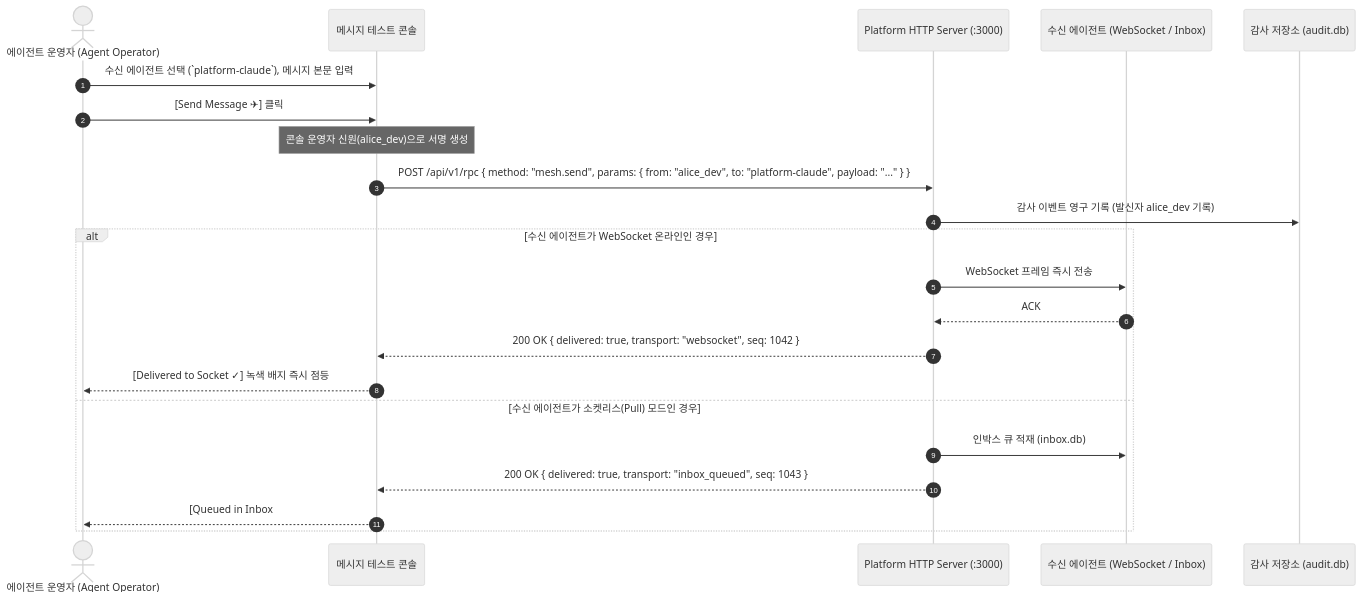
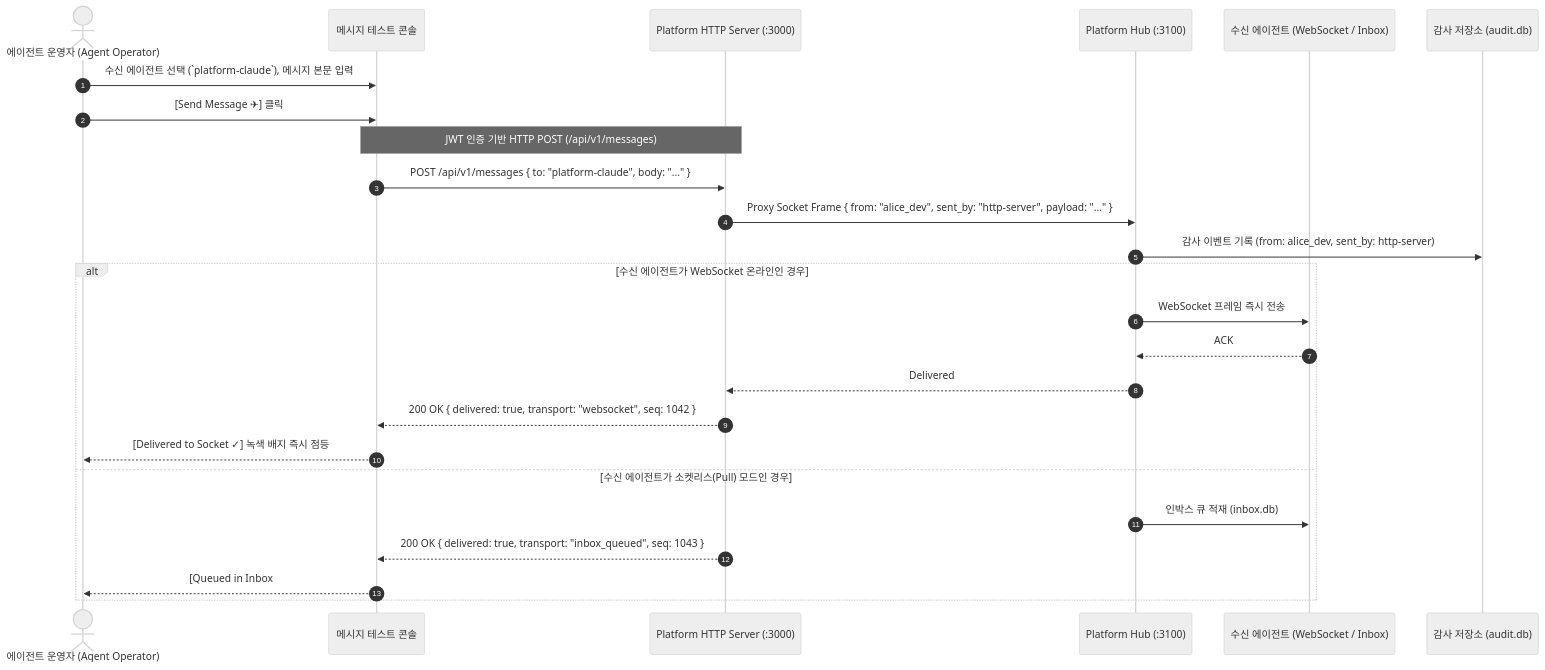
One commit to sir-mirr/agent-mesh-platform changed the sixth of 6 diagrams in docs/operator-functional-spec.md. Above: the diagram before and after it, drawn with Mermaid (neutral theme). The commit also changed other lines of this file, not shown here.

Commit message:
docs: finalize operator functional spec v2.1.0 with lease countdown & proxy attestation

````diff
--- a/docs/operator-functional-spec.md
+++ b/docs/operator-functional-spec.md
@@ -180,27 +183,30 @@
 ```mermaid
 sequenceDiagram
     autonumber
     actor Operator as 에이전트 운영자 (Agent Operator)
     participant UI as 메시지 테스트 콘솔
     participant HTTP as Platform HTTP Server (:3000)
+    participant Hub as Platform Hub (:3100)
     participant Target as 수신 에이전트 (WebSocket / Inbox)
     participant Audit as 감사 저장소 (audit.db)
 
     Operator->>UI: 수신 에이전트 선택 (`platform-claude`), 메시지 본문 입력
     Operator->>UI: [Send Message ✈] 클릭
-    Note over UI: 콘솔 운영자 신원(alice_dev)으로 서명 생성
-    UI->>HTTP: POST /api/v1/rpc { method: "mesh.send", params: { from: "alice_dev", to: "platform-claude", payload: "..." } }
+    Note over UI,HTTP: JWT 인증 기반 HTTP POST (/api/v1/messages)
+    UI->>HTTP: POST /api/v1/messages { to: "platform-claude", body: "..." }
+    HTTP->>Hub: Proxy Socket Frame { from: "alice_dev", sent_by: "http-server", payload: "..." }
     
-    HTTP->>Audit: 감사 이벤트 영구 기록 (발신자 alice_dev 기록)
+    Hub->>Audit: 감사 이벤트 기록 (from: alice_dev, sent_by: http-server)
     
     alt 수신 에이전트가 WebSocket 온라인인 경우
-        HTTP->>Target: WebSocket 프레임 즉시 전송
-        Target-->>HTTP: ACK
+        Hub->>Target: WebSocket 프레임 즉시 전송
+        Target-->>Hub: ACK
+        Hub-->>HTTP: Delivered
         HTTP-->>UI: 200 OK { delivered: true, transport: "websocket", seq: 1042 }
         UI-->>Operator: [Delivered to Socket ✓] 녹색 배지 즉시 점등
     else 수신 에이전트가 소켓리스(Pull) 모드인 경우
-        HTTP->>Target: 인박스 큐 적재 (inbox.db)
+        Hub->>Target: 인박스 큐 적재 (inbox.db)
         HTTP-->>UI: 200 OK { delivered: true, transport: "inbox_queued", seq: 1043 }
         UI-->>Operator: [Queued in Inbox #1043 ⚡] 블루 배지 즉시 점등
     end
 ```
````
